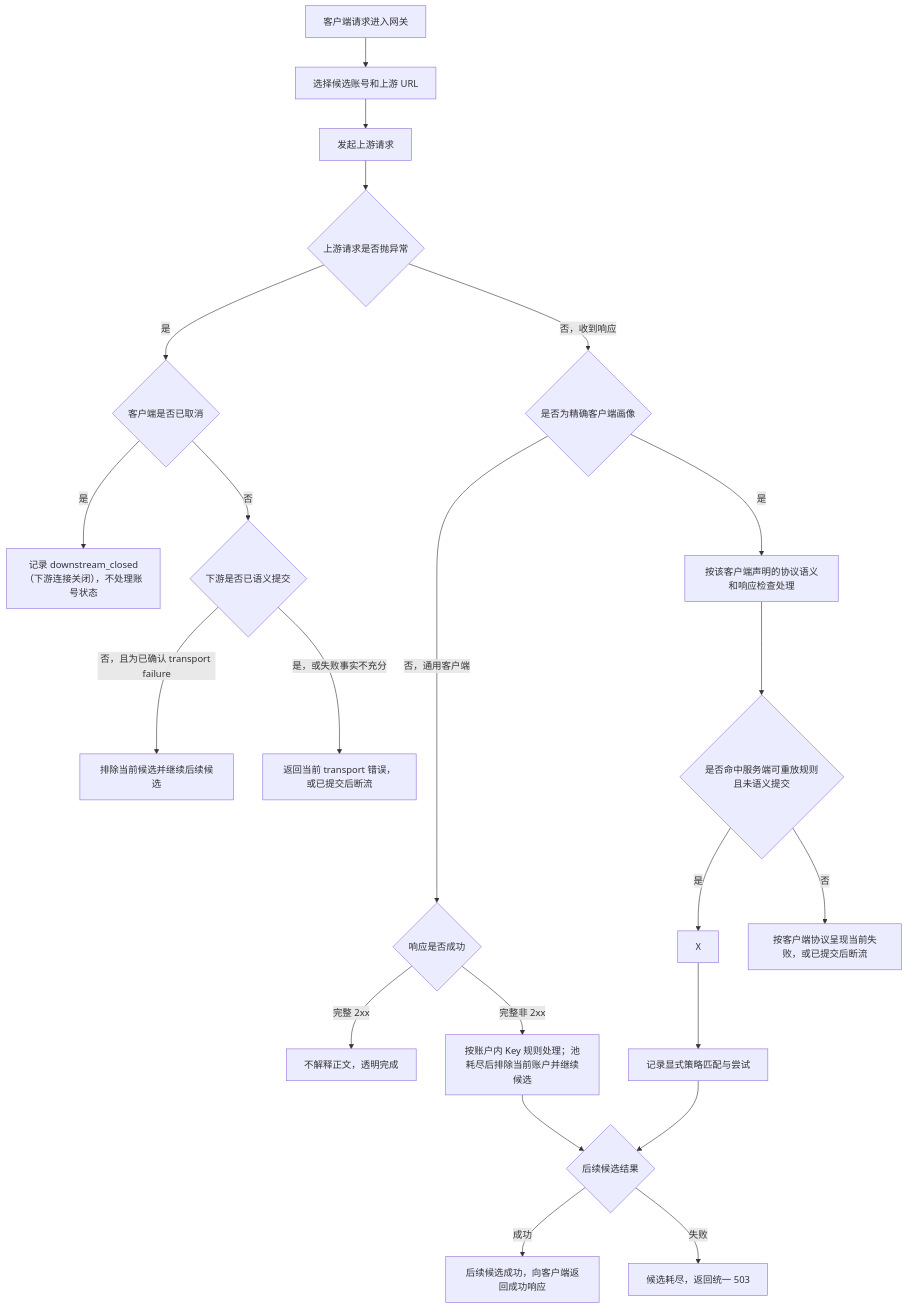
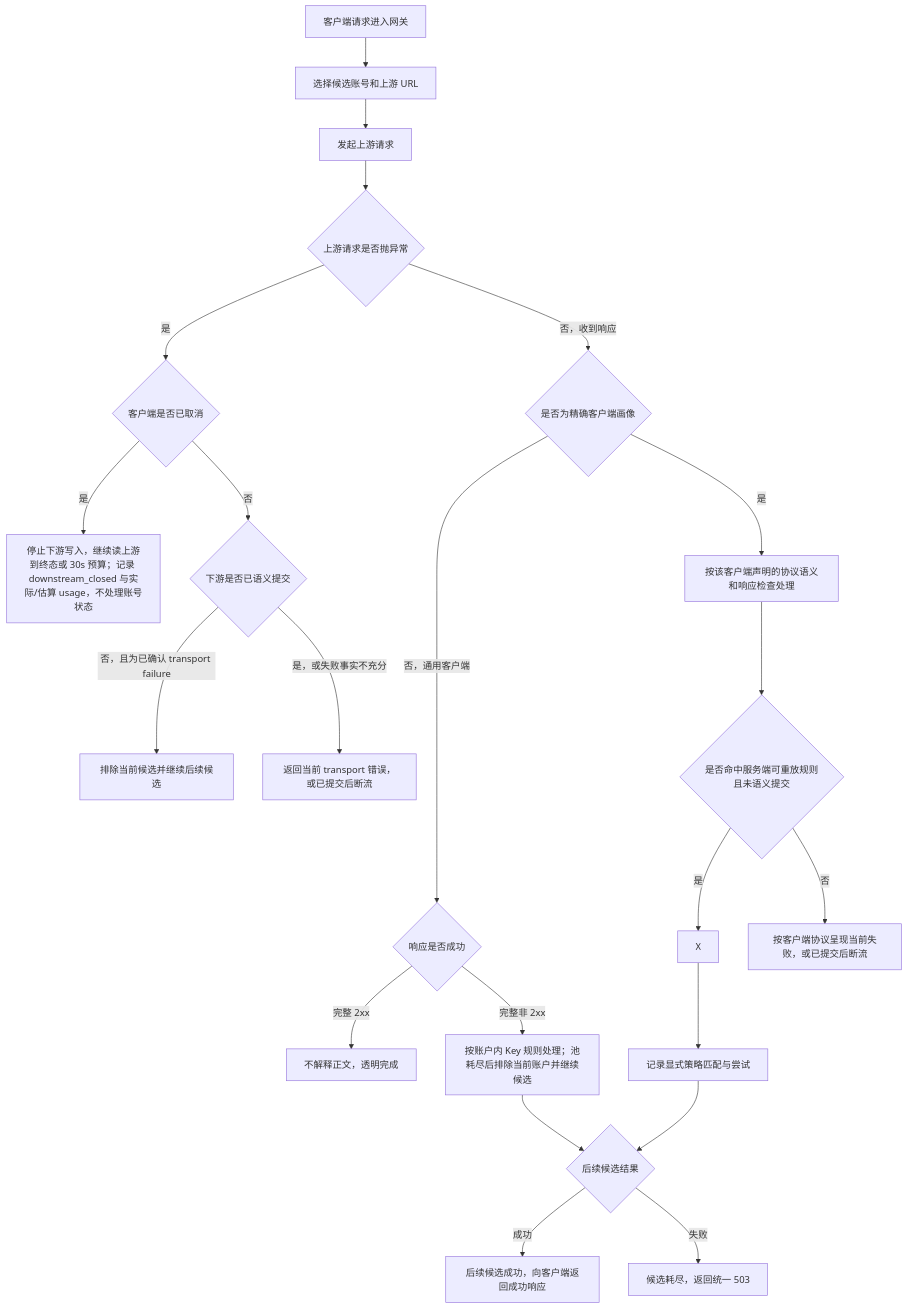
Before and after one commit to huanmin123/juhe-ai: the first of 3 diagrams in docs/functions/网关异常重试与兜底策略.md, drawn with Mermaid. The commit also changed other lines of this file and 430 other files, not shown here.

````diff
--- a/docs/functions/网关异常重试与兜底策略.md
+++ b/docs/functions/网关异常重试与兜底策略.md
@@ -66,25 +66,25 @@
 ```mermaid
 flowchart TD
   A["客户端请求进入网关"] --> B["选择候选账号和上游 URL"]
   B --> C["发起上游请求"]
   C --> D{"上游请求是否抛异常"}
   D -- "是" --> E{"客户端是否已取消"}
-  E -- "是" --> F["记录 downstream_closed（下游连接关闭），不处理账号状态"]
+  E -- "是" --> F["停止下游写入，继续读上游到终态或 30s 预算；记录 downstream_closed 与实际/估算 usage，不处理账号状态"]
   E -- "否" --> Q{"下游是否已语义提交"}
   Q -- "否，且为已确认 transport failure" --> Y["排除当前候选并继续后续候选"]
   Q -- "是，或失败事实不充分" --> W["返回当前 transport 错误，或已提交后断流"]
 
   D -- "否，收到响应" --> J{"是否为精确客户端画像"}
   J -- "否，通用客户端" --> G{"响应是否成功"}
   G -- "完整 2xx" --> K["不解释正文，透明完成"]
   G -- "完整非 2xx" --> H["按账户内 Key 规则处理；池耗尽后排除当前账户并继续候选"]
   H --> T
   J -- "是" --> L["按该客户端声明的协议语义和响应检查处理"]
   L --> R3{"是否命中服务端可重放规则且未语义提交"}
   R3 -- "是" --> X
   R3 -- "否" --> S["按客户端协议呈现当前失败，或已提交后断流"]
   X --> P["记录显式策略匹配与尝试"]
   P --> T{"后续候选结果"}
   T -- "成功" --> U["后续候选成功，向客户端返回成功响应"]
   T -- "失败" --> V["候选耗尽，返回统一 503"]
 ```
````
